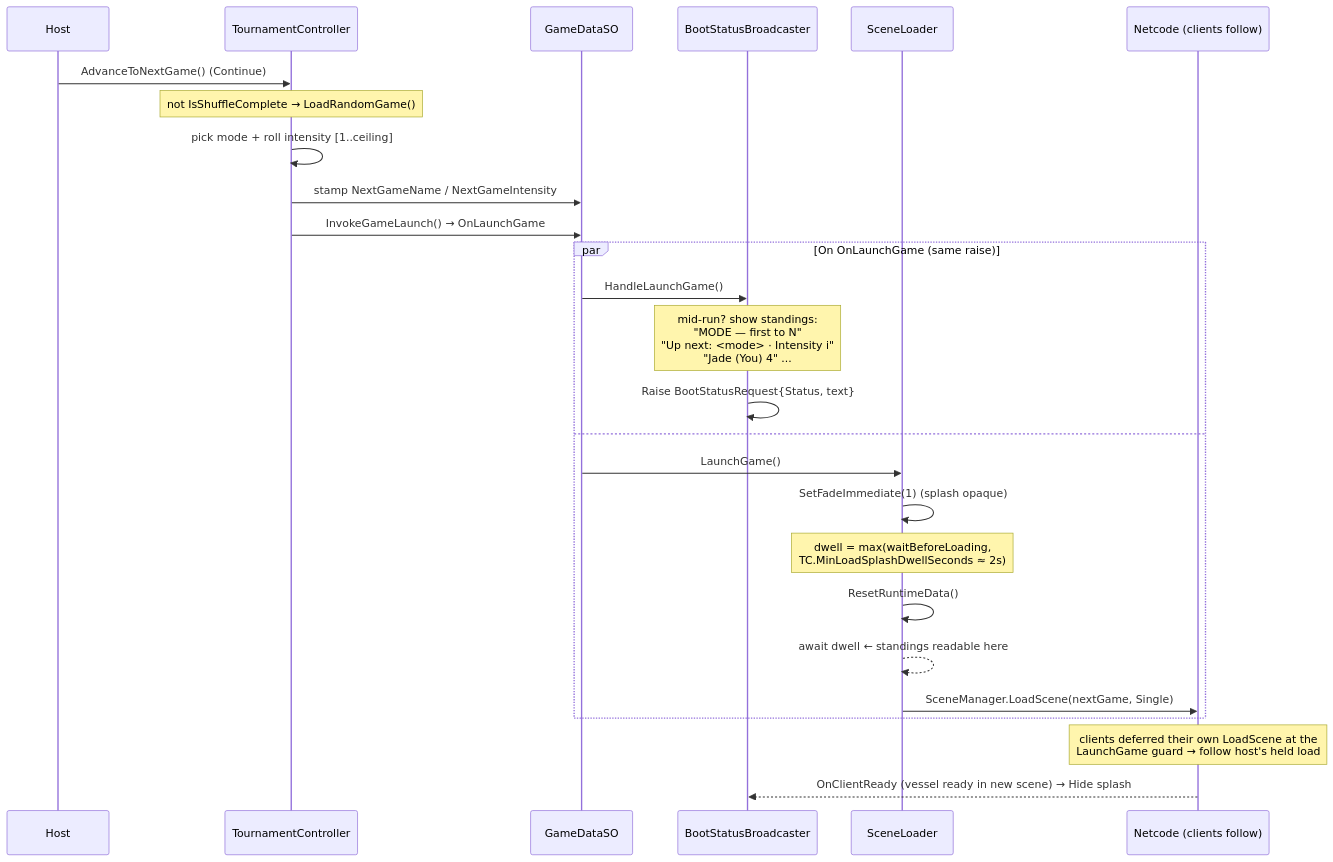
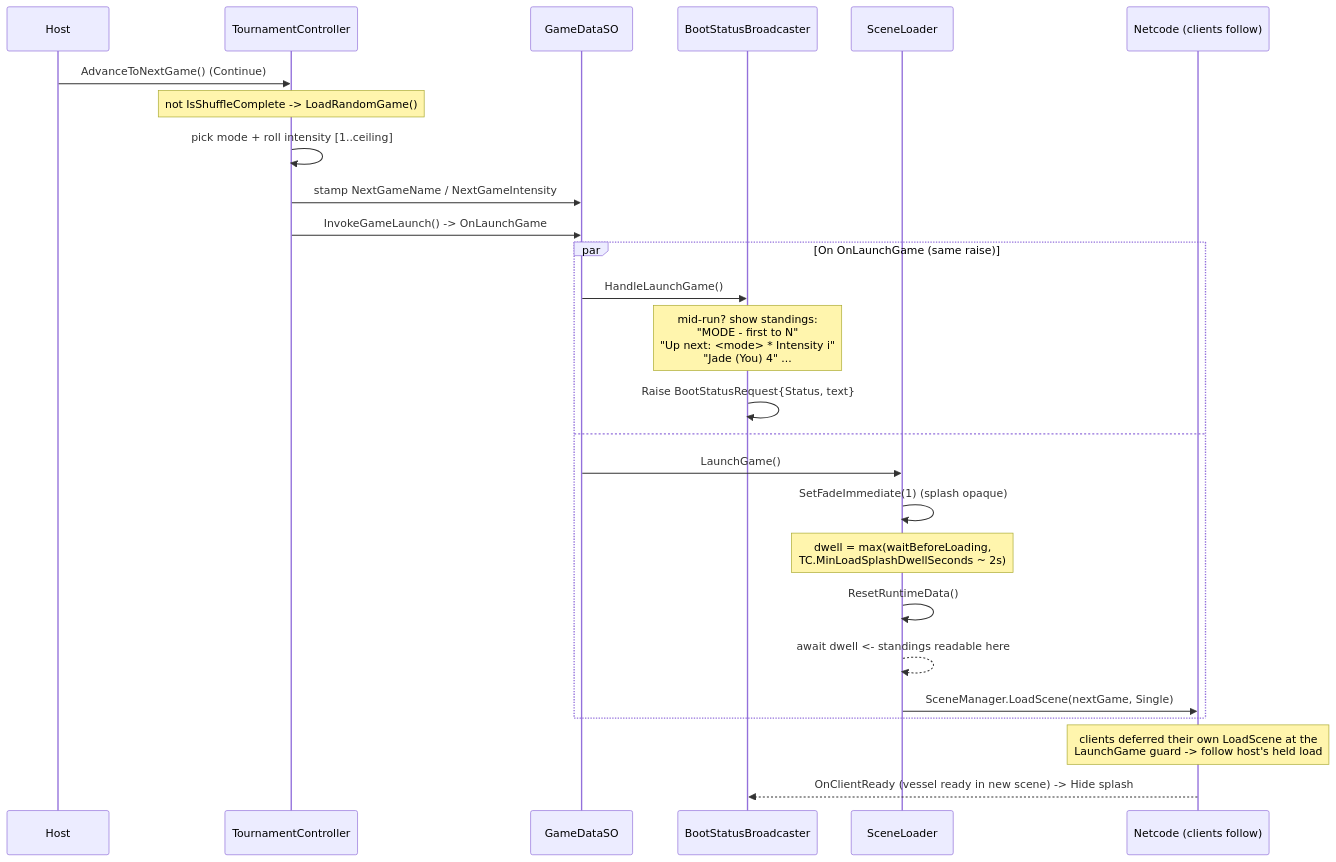
The second of 4 diagrams in Docs/TournamentSystem/MAELSTROM_UX_HANDOFF.md (froglet-studio/Cosmic-Shore), drawn with Mermaid before and after one commit. The commit also changed other lines of this file and 635 other files, not shown here.

````diff
--- a/Docs/TournamentSystem/MAELSTROM_UX_HANDOFF.md
+++ b/Docs/TournamentSystem/MAELSTROM_UX_HANDOFF.md
@@ -91,31 +91,31 @@
 ```mermaid
 sequenceDiagram
     participant Host
     participant TC as TournamentController
     participant GD as GameDataSO
     participant BSB as BootStatusBroadcaster
     participant SL as SceneLoader
     participant Net as Netcode (clients follow)
 
     Host->>TC: AdvanceToNextGame() (Continue)
-    Note over TC: not IsShuffleComplete → LoadRandomGame()
+    Note over TC: not IsShuffleComplete -> LoadRandomGame()
     TC->>TC: pick mode + roll intensity [1..ceiling]
     TC->>GD: stamp NextGameName / NextGameIntensity
-    TC->>GD: InvokeGameLaunch() → OnLaunchGame
+    TC->>GD: InvokeGameLaunch() -> OnLaunchGame
 
     par On OnLaunchGame (same raise)
         GD->>BSB: HandleLaunchGame()
-        Note over BSB: mid-run? show standings:<br/>"MODE — first to N"<br/>"Up next: <mode> · Intensity i"<br/>"Jade (You)  4" ...
+        Note over BSB: mid-run? show standings:<br/>"MODE - first to N"<br/>"Up next: <mode> * Intensity i"<br/>"Jade (You)  4" ...
         BSB->>BSB: Raise BootStatusRequest{Status, text}
     and
         GD->>SL: LaunchGame()
         SL->>SL: SetFadeImmediate(1) (splash opaque)
-        Note over SL: dwell = max(waitBeforeLoading,<br/>TC.MinLoadSplashDwellSeconds ≈ 2s)
+        Note over SL: dwell = max(waitBeforeLoading,<br/>TC.MinLoadSplashDwellSeconds ~ 2s)
         SL->>SL: ResetRuntimeData()
-        SL-->>SL: await dwell  ← standings readable here
+        SL-->>SL: await dwell  <- standings readable here
         SL->>Net: SceneManager.LoadScene(nextGame, Single)
     end
 
-    Note over Net: clients deferred their own LoadScene at the<br/>LaunchGame guard → follow host's held load
-    Net-->>BSB: OnClientReady (vessel ready in new scene) → Hide splash
+    Note over Net: clients deferred their own LoadScene at the<br/>LaunchGame guard -> follow host's held load
+    Net-->>BSB: OnClientReady (vessel ready in new scene) -> Hide splash
 ```
````
